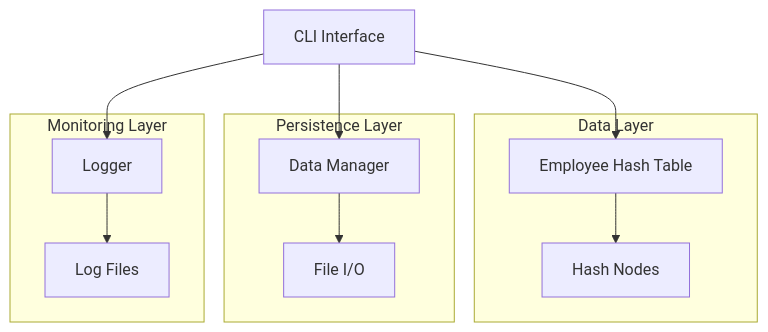
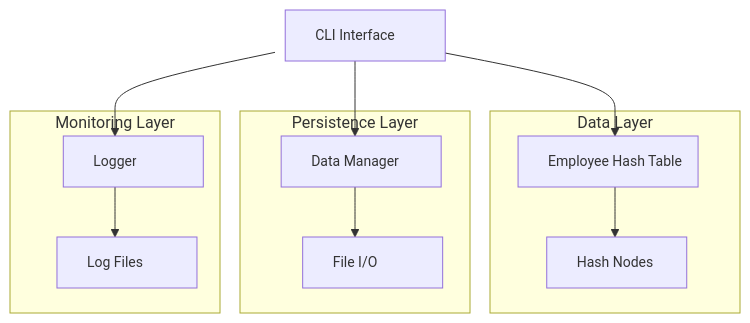
One commit to irongopher75/Office-Management-Project changed the diagram in README.md. Above: the diagram before and after it, drawn with Mermaid.

````diff
--- a/README.md
+++ b/README.md
@@ -205,24 +205,34 @@
 ```mermaid
 graph TB
     A[CLI Interface] --> B[Employee Hash Table]
     A --> C[Data Manager]
     A --> D[Logger]
     B --> E[Hash Nodes]
     C --> F[File I/O]
     D --> G[Log Files]
     
     subgraph "Data Layer"
     B
     E
     end
     
     subgraph "Persistence Layer"
     C
     F
     end
     
     subgraph "Monitoring Layer"
     D
     G
     end
+
+    %% Force box sizes & prevent clipping
+    style A width:160px, font-size:14px
+    style B width:180px, font-size:14px
+    style C width:160px, font-size:14px
+    style D width:140px, font-size:14px
+    style E width:140px, font-size:14px
+    style F width:140px, font-size:14px
+    style G width:140px, font-size:14px
+
 ```
````
